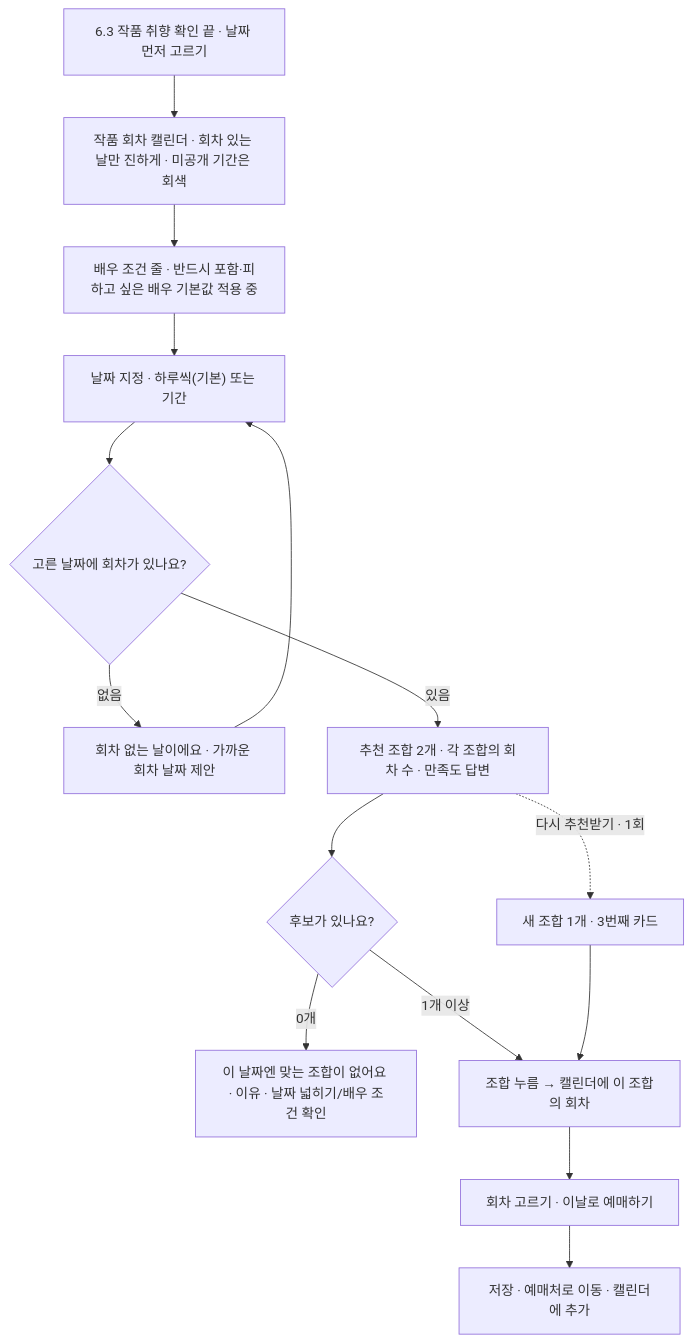
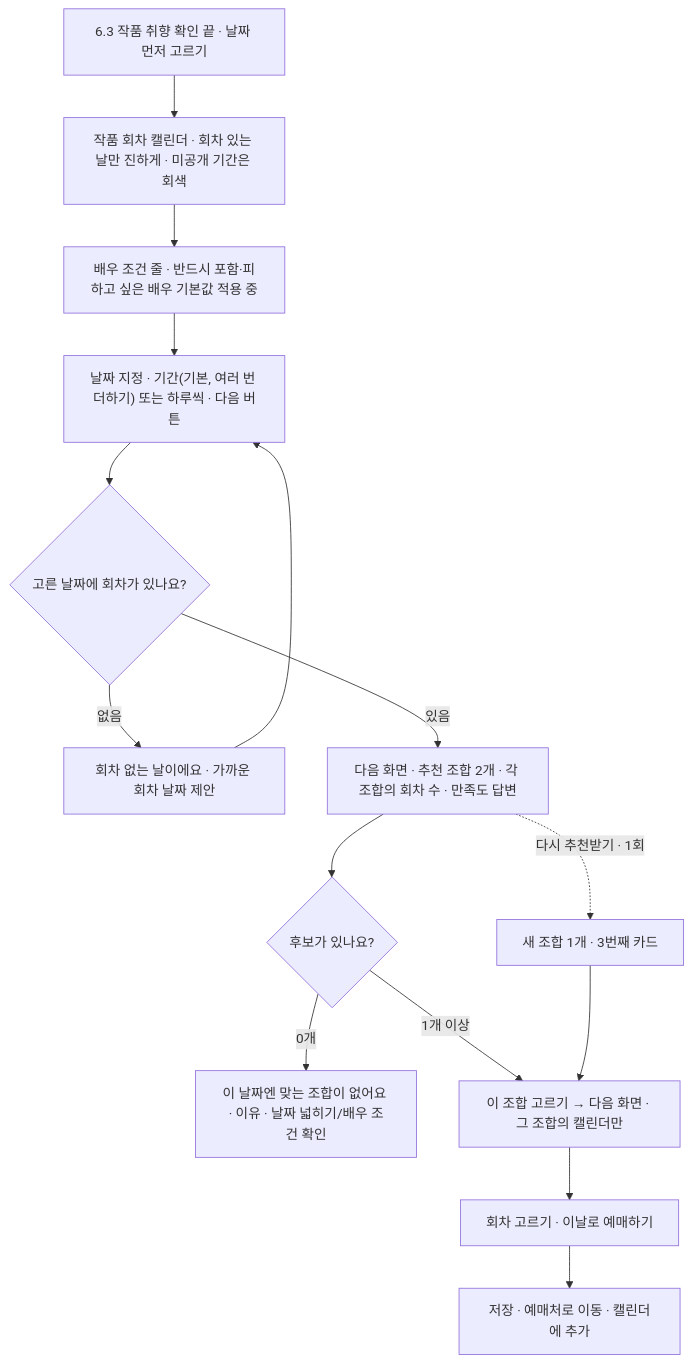
One commit to 2ma1995/pickle-src changed the sixth of 8 diagrams in docs/261027_2_MVP_사용자흐름.md. Above: the diagram before and after it, drawn with Mermaid. The commit also changed other lines of this file and 2 other files, not shown here.

````diff
--- a/docs/261027_2_MVP_사용자흐름.md
+++ b/docs/261027_2_MVP_사용자흐름.md
@@ -409,15 +420,15 @@
 ```mermaid
 flowchart TD
     START["6.3 작품 취향 확인 끝 · 날짜 먼저 고르기"] --> A["작품 회차 캘린더 · 회차 있는 날만 진하게 · 미공개 기간은 회색"]
     A --> AA["배우 조건 줄 · 반드시 포함·피하고 싶은 배우 기본값 적용 중"]
-    AA --> B["날짜 지정 · 하루씩(기본) 또는 기간"]
+    AA --> B["날짜 지정 · 기간(기본, 여러 번 더하기) 또는 하루씩 · 다음 버튼"]
     B --> C{"고른 날짜에 회차가 있나요?"}
     C -->|없음| C0["회차 없는 날이에요 · 가까운 회차 날짜 제안"] --> B
-    C -->|있음| E["추천 조합 2개 · 각 조합의 회차 수 · 만족도 답변"]
+    C -->|있음| E["다음 화면 · 추천 조합 2개 · 각 조합의 회차 수 · 만족도 답변"]
     E --> F{"후보가 있나요?"}
     F -->|0개| F0["이 날짜엔 맞는 조합이 없어요 · 이유 · 날짜 넓히기/배우 조건 확인"]
-    F -->|1개 이상| G["조합 누름 → 캘린더에 이 조합의 회차"]
+    F -->|1개 이상| G["이 조합 고르기 → 다음 화면 · 그 조합의 캘린더만"]
     E -.->|다시 추천받기 · 1회| E2["새 조합 1개 · 3번째 카드"] --> G
     G --> H["회차 고르기 · 이날로 예매하기"]
     H --> I["저장 · 예매처로 이동 · 캘린더에 추가"]
 ```
````
